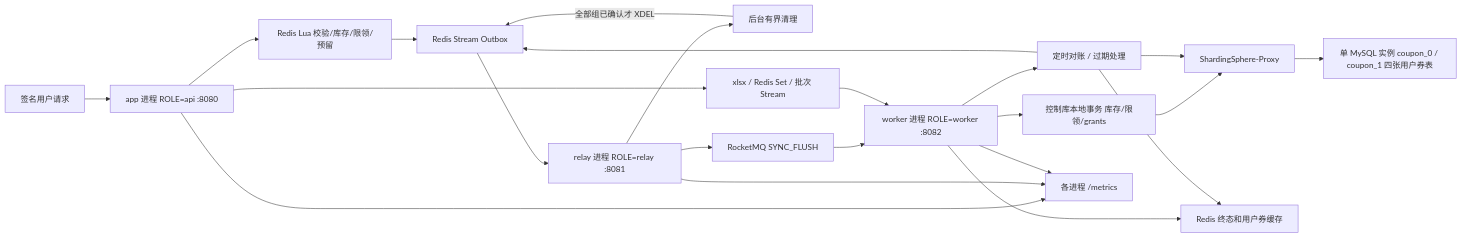
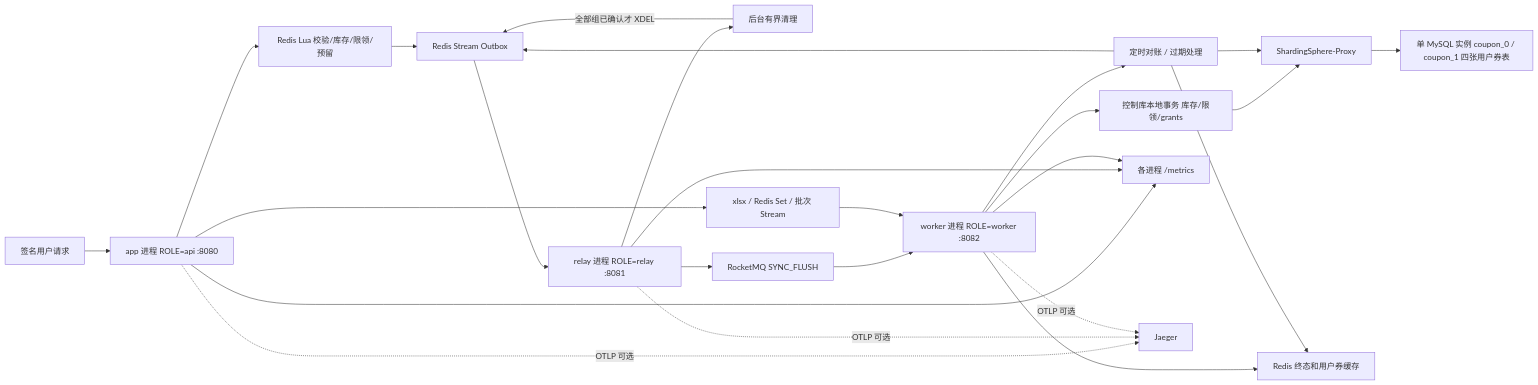
The diagram in docs/ARCHITECTURE.md (1hao1hao/FlashCoupon), drawn with Mermaid before and after one commit. The commit also changed other lines of this file and 212 other files, not shown here.

````diff
--- a/docs/ARCHITECTURE.md
+++ b/docs/ARCHITECTURE.md
@@ -5,24 +7,27 @@
 ```mermaid
 flowchart LR
   U[签名用户请求] --> API[app 进程 ROLE=api :8080]
   API --> LUA[Redis Lua 校验/库存/限领/预留]
   LUA --> S[Redis Stream Outbox]
   S --> R[relay 进程 ROLE=relay :8081]
   R --> CL[后台有界清理]
   CL -->|全部组已确认才 XDEL| S
   R --> MQ[RocketMQ SYNC_FLUSH]
   MQ --> W[worker 进程 ROLE=worker :8082]
   B[xlsx / Redis Set / 批次 Stream] --> W
   API --> B
   W --> TX[控制库本地事务 库存/限领/grants]
   TX --> P[ShardingSphere-Proxy]
   P --> C[单 MySQL 实例 coupon_0 / coupon_1 四张用户券表]
   W --> F[Redis 终态和用户券缓存]
   W --> REC[定时对账 / 过期处理]
   REC --> S
   REC --> P
   REC --> F
   API --> MET[各进程 /metrics]
   R --> MET
   W --> MET
+  API -. OTLP 可选 .-> J[Jaeger]
+  R -. OTLP 可选 .-> J
+  W -. OTLP 可选 .-> J
 ```
````
